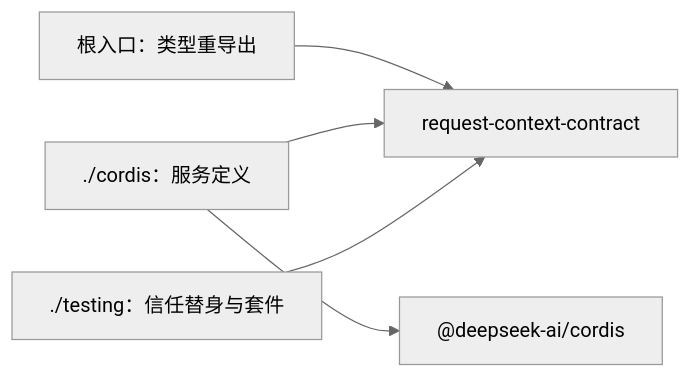
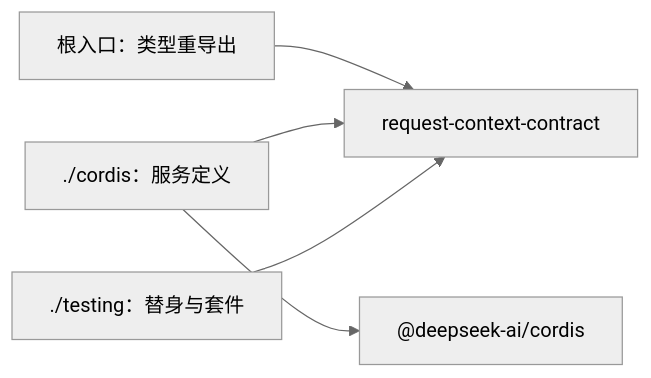
The diagram in packages/context/request-context-cordis-contract/docs/architecture.md (nemori-ai/omne-harness-lite), drawn with Mermaid (neutral theme) before and after one commit. The commit also changed other lines of this file and 4 other files, not shown here.

````diff
--- a/packages/context/request-context-cordis-contract/docs/architecture.md
+++ b/packages/context/request-context-cordis-contract/docs/architecture.md
@@ -17,7 +17,7 @@
 ```mermaid
 flowchart LR
   Root[根入口：类型重导出] --> RQC[request-context-contract]
   Cordis[./cordis：服务定义] --> RQC
-  Testing[./testing：信任替身与套件] --> RQC
+  Testing[./testing：替身与套件] --> RQC
   Cordis --> Lib["@deepseek-ai/cordis"]
 ```
````
